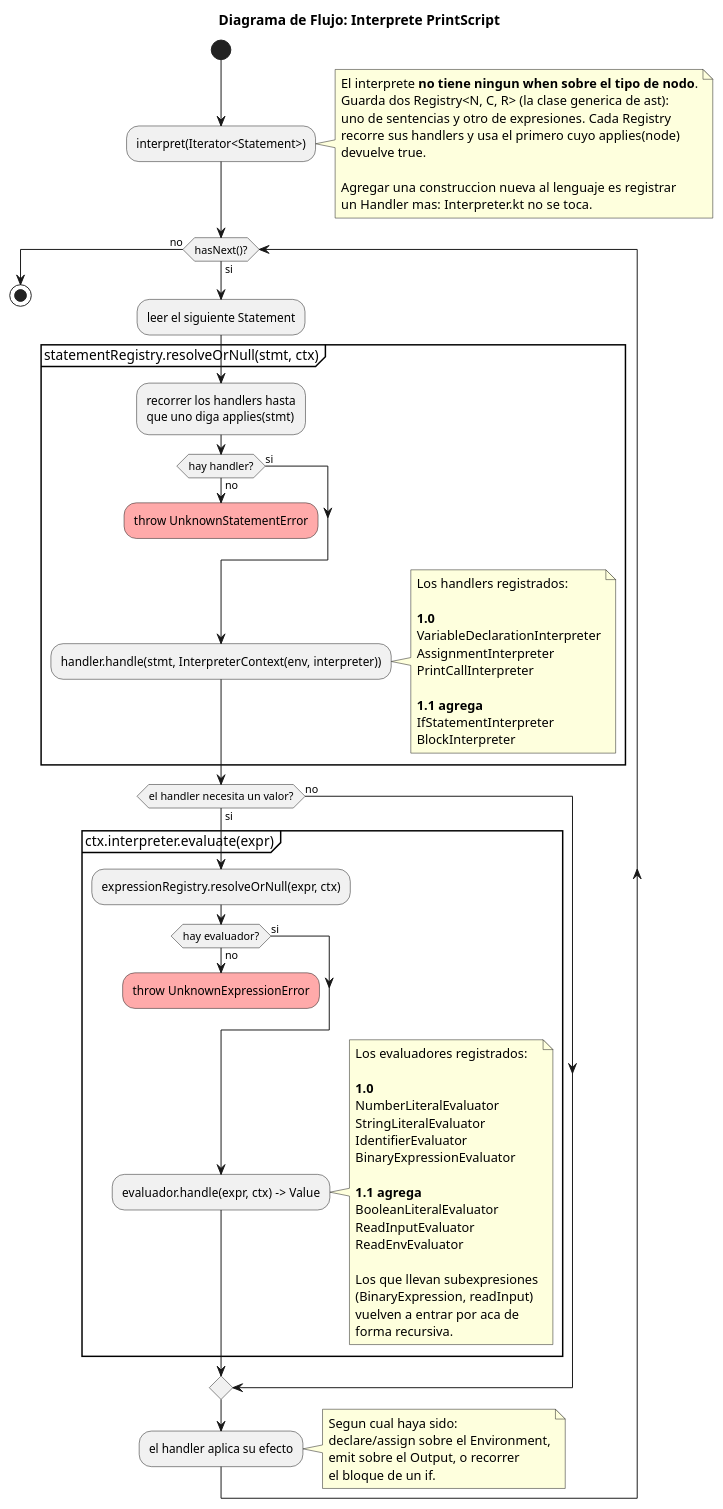
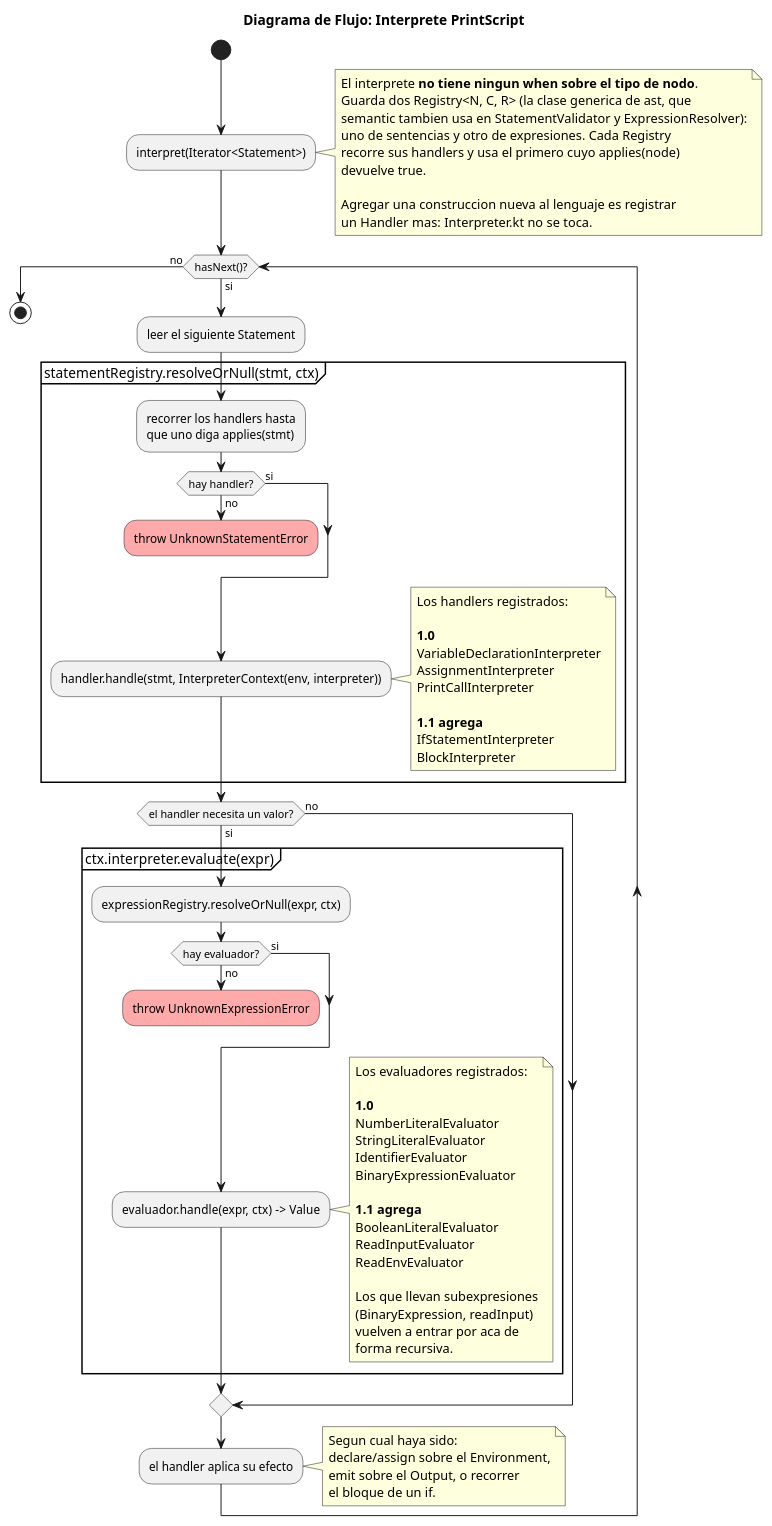
One commit to Ingsis-printscript-grupo3/printscript changed the diagram in docs/flujo-interprete.puml. Above: the diagram before and after it, drawn with PlantUML. The commit also changed 3 other files, not shown here.

Commit message:
fix: readme y diagramas

```diff
--- a/docs/flujo-interprete.puml
+++ b/docs/flujo-interprete.puml
@@ -1,99 +1,100 @@
 @startuml PrintScript_Flujo_Interprete
 
 title Diagrama de Flujo: Interprete PrintScript
 
 skinparam conditionStyle inside
 
 start
 :interpret(Iterator<Statement>);
 
 note right
   El interprete <b>no tiene ningun when sobre el tipo de nodo</b>.
-  Guarda dos Registry<N, C, R> (la clase generica de ast):
+  Guarda dos Registry<N, C, R> (la clase generica de ast, que
+  semantic tambien usa en StatementValidator y ExpressionResolver):
   uno de sentencias y otro de expresiones. Cada Registry
   recorre sus handlers y usa el primero cuyo applies(node)
   devuelve true.
 
   Agregar una construccion nueva al lenguaje es registrar
   un Handler mas: Interpreter.kt no se toca.
 end note
 
 while (hasNext()?) is (si)
   :leer el siguiente Statement;
 
   partition "statementRegistry.resolveOrNull(stmt, ctx)" {
     :recorrer los handlers hasta\nque uno diga applies(stmt);
 
     if (hay handler?) then (no)
       #ffaaaa:throw UnknownStatementError;
       detach
     else (si)
     endif
 
     :handler.handle(stmt, InterpreterContext(env, interpreter));
 
     note right
       Los handlers registrados:
 
       <b>1.0</b>
       VariableDeclarationInterpreter
       AssignmentInterpreter
       PrintCallInterpreter
 
       <b>1.1 agrega</b>
       IfStatementInterpreter
       BlockInterpreter
     end note
   }
 
   if (el handler necesita un valor?) then (si)
 
     partition "ctx.interpreter.evaluate(expr)" {
       :expressionRegistry.resolveOrNull(expr, ctx);
 
       if (hay evaluador?) then (no)
         #ffaaaa:throw UnknownExpressionError;
         detach
       else (si)
       endif
 
       :evaluador.handle(expr, ctx) -> Value;
 
       note right
         Los evaluadores registrados:
 
         <b>1.0</b>
         NumberLiteralEvaluator
         StringLiteralEvaluator
         IdentifierEvaluator
         BinaryExpressionEvaluator
 
         <b>1.1 agrega</b>
         BooleanLiteralEvaluator
         ReadInputEvaluator
         ReadEnvEvaluator
 
         Los que llevan subexpresiones
         (BinaryExpression, readInput)
         vuelven a entrar por aca de
         forma recursiva.
       end note
     }
 
   else (no)
   endif
 
   :el handler aplica su efecto;
 
   note right
     Segun cual haya sido:
     declare/assign sobre el Environment,
     emit sobre el Output, o recorrer
     el bloque de un if.
   end note
 
 endwhile (no)
 
 stop
 
 @enduml
```
